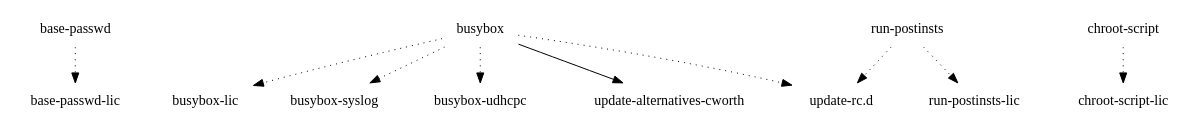
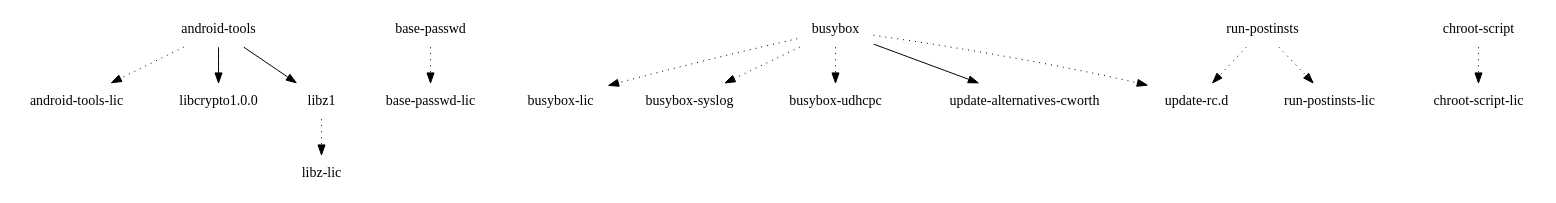
One commit to webOS-ports/buildhistory changed the diagram in images/maguro/eglibc/chroot-image/depends-nokernel-nolibc.dot. Above: the diagram before and after it, drawn with Graphviz. The commit also changed 21 other files, not shown here.

```diff
--- a/images/maguro/eglibc/chroot-image/depends-nokernel-nolibc.dot
+++ b/images/maguro/eglibc/chroot-image/depends-nokernel-nolibc.dot
@@ -1,12 +1,16 @@
 digraph depends {
     node [shape=plaintext]
+"android-tools" -> "android-tools-lic" [style=dotted];
+"android-tools" -> "libcrypto1.0.0";
+"android-tools" -> "libz1";
 "base-passwd" -> "base-passwd-lic" [style=dotted];
 "busybox" -> "busybox-lic" [style=dotted];
 "busybox" -> "busybox-syslog" [style=dotted];
 "busybox" -> "busybox-udhcpc" [style=dotted];
 "busybox" -> "update-alternatives-cworth";
 "busybox" -> "update-rc.d" [style=dotted];
 "chroot-script" -> "chroot-script-lic" [style=dotted];
+"libz1" -> "libz-lic" [style=dotted];
 "run-postinsts" -> "run-postinsts-lic" [style=dotted];
 "run-postinsts" -> "update-rc.d" [style=dotted];
 }
```
